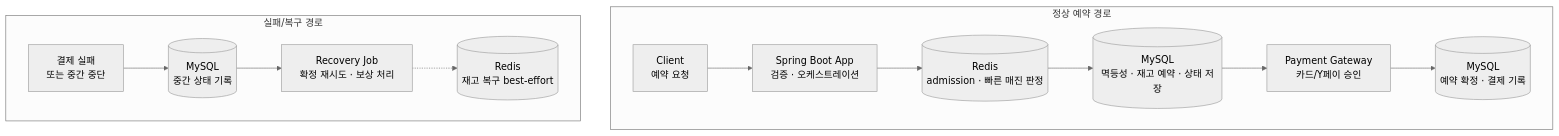
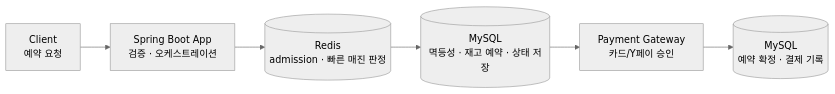
Before and after one commit to sylee6529/stay-booking: the first of 4 diagrams in README.md, drawn with Mermaid (neutral theme). The commit also changed other lines of this file, not shown here.

Commit message:
docs: clarify README flow diagrams

````diff
--- a/README.md
+++ b/README.md
@@ -29,16 +31,11 @@
 ```mermaid
-flowchart TB
-    subgraph Normal[정상 예약 경로]
-        Client[Client<br/>예약 요청] --> App[Spring Boot App<br/>검증 · 오케스트레이션]
-        App --> Redis[(Redis<br/>admission · 빠른 매진 판정)]
-        Redis --> MySQL[(MySQL<br/>멱등성 · 재고 예약 · 상태 저장)]
-        MySQL --> PG[Payment Gateway<br/>카드/Y페이 승인]
-        PG --> Confirm[(MySQL<br/>예약 확정 · 결제 기록)]
-    end
+flowchart LR
+    Client[Client<br/>예약 요청]
+    App[Spring Boot App<br/>검증 · 오케스트레이션]
+    Redis[(Redis<br/>admission · 빠른 매진 판정)]
+    MySQL[(MySQL<br/>멱등성 · 재고 예약 · 상태 저장)]
+    PG[Payment Gateway<br/>카드/Y페이 승인]
+    Confirm[(MySQL<br/>예약 확정 · 결제 기록)]
 
-    subgraph RecoveryFlow[실패/복구 경로]
-        Stopped[결제 실패<br/>또는 중간 중단] --> State[(MySQL<br/>중간 상태 기록)]
-        State --> Recovery[Recovery Job<br/>확정 재시도 · 보상 처리]
-        Recovery -.-> RedisRestore[(Redis<br/>재고 복구 best-effort)]
-    end
+    Client --> App --> Redis --> MySQL --> PG --> Confirm
 ```
````
